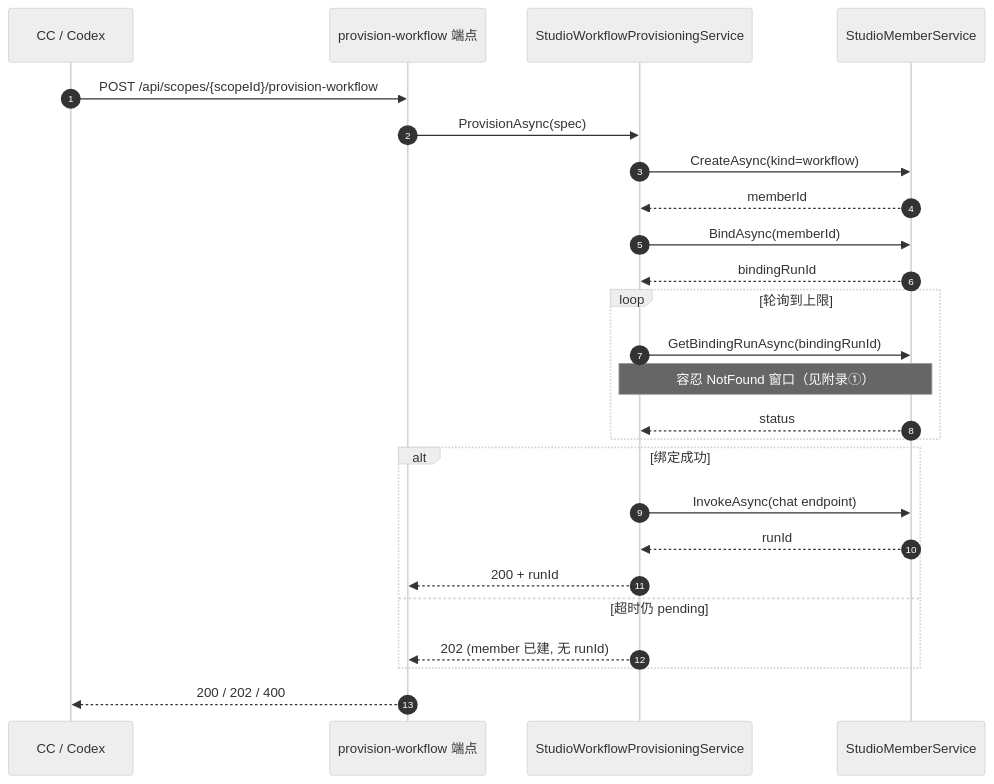
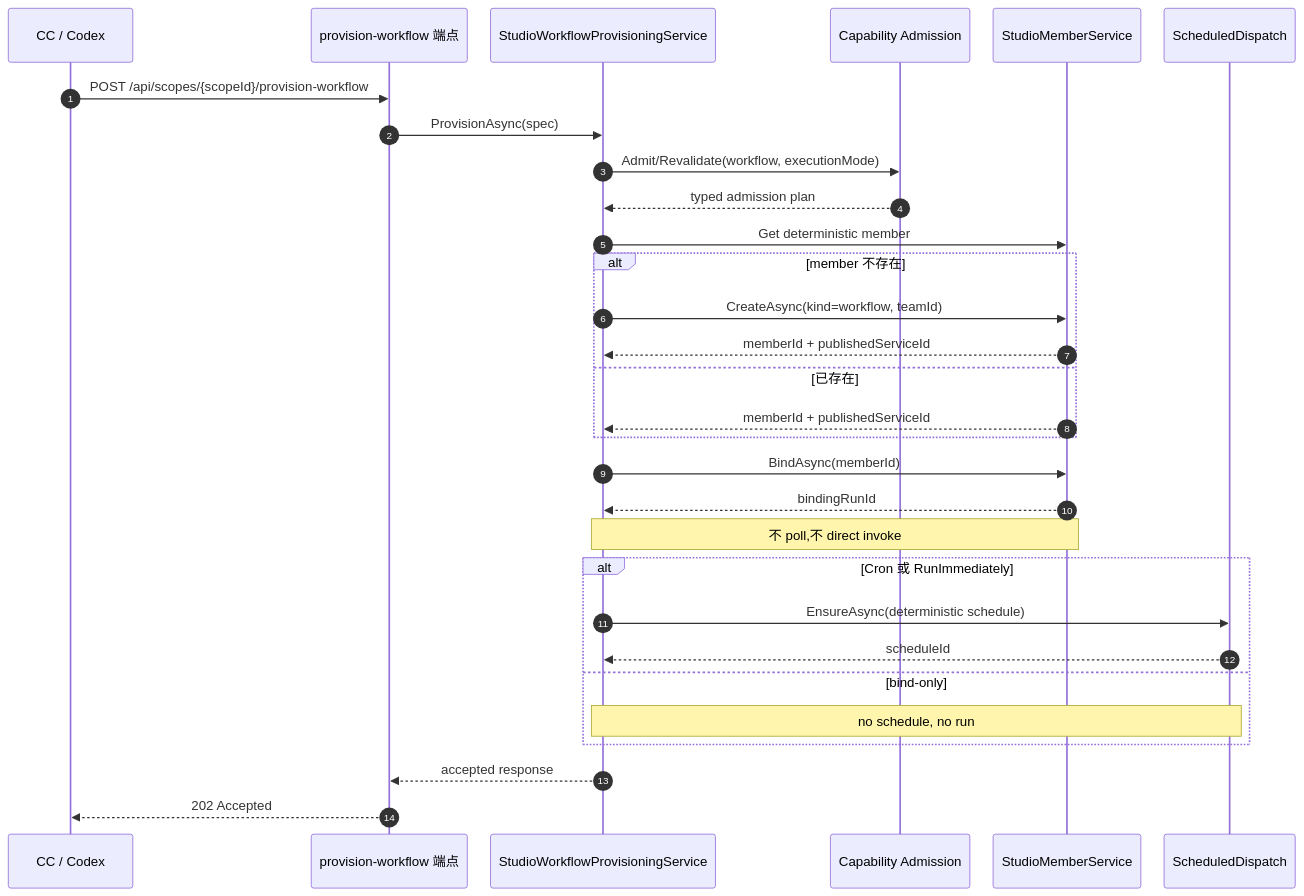
The fourth of 6 diagrams in 09/03-provision-and-observe-via-nyxid/01-end-to-end.md (eanzhao-os/aevatar-review), drawn with Mermaid before and after one commit. The commit also changed other lines of this file and 15 other files, not shown here.

````diff
--- a/09/03-provision-and-observe-via-nyxid/01-end-to-end.md
+++ b/09/03-provision-and-observe-via-nyxid/01-end-to-end.md
@@ -114,28 +110,33 @@
 ```mermaid
-%%{init: {"theme":"neutral"}}%%
+%%{init: {"maxTextSize": 100000, "sequence": {"actorMargin": 28, "messageMargin": 18, "diagramMarginX": 10, "diagramMarginY": 10}, "themeVariables": {"fontSize": "10px"}}}%%
 sequenceDiagram
     autonumber
     participant CC as CC / Codex
     participant EP as provision-workflow 端点
     participant SVC as StudioWorkflowProvisioningService
+    participant CAP as Capability Admission
     participant MEM as StudioMemberService
+    participant SCH as ScheduledDispatch
     CC->>EP: POST /api/scopes/{scopeId}/provision-workflow
     EP->>SVC: ProvisionAsync(spec)
-    SVC->>MEM: CreateAsync(kind=workflow)
-    MEM-->>SVC: memberId
+    SVC->>CAP: Admit/Revalidate(workflow, executionMode)
+    CAP-->>SVC: typed admission plan
+    SVC->>MEM: Get deterministic member
+    alt member 不存在
+        SVC->>MEM: CreateAsync(kind=workflow, teamId)
+        MEM-->>SVC: memberId + publishedServiceId
+    else 已存在
+        MEM-->>SVC: memberId + publishedServiceId
+    end
     SVC->>MEM: BindAsync(memberId)
     MEM-->>SVC: bindingRunId
-    loop 轮询到上限
-        SVC->>MEM: GetBindingRunAsync(bindingRunId)
-        Note over SVC,MEM: 容忍 NotFound 窗口（见附录①）
-        MEM-->>SVC: status
+    Note over SVC,MEM: 不 poll,不 direct invoke
+    alt Cron 或 RunImmediately
+        SVC->>SCH: EnsureAsync(deterministic schedule)
+        SCH-->>SVC: scheduleId
+    else bind-only
+        Note over SVC,SCH: no schedule, no run
     end
-    alt 绑定成功
-        SVC->>MEM: InvokeAsync(chat endpoint)
-        MEM-->>SVC: runId
-        SVC-->>EP: 200 + runId
-    else 超时仍 pending
-        SVC-->>EP: 202 (member 已建, 无 runId)
-    end
-    EP-->>CC: 200 / 202 / 400
+    SVC-->>EP: accepted response
+    EP-->>CC: 202 Accepted
 ```
````
